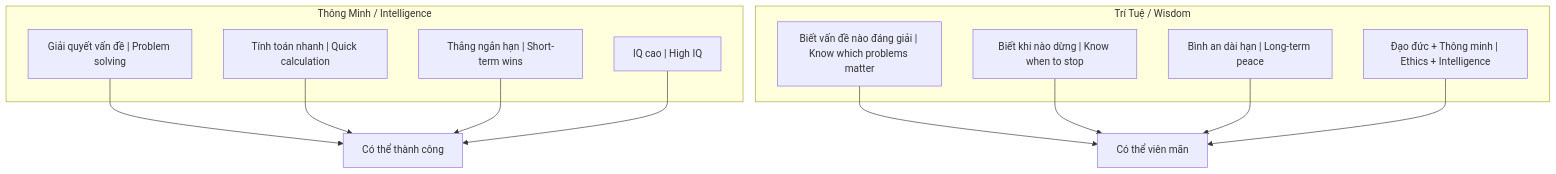
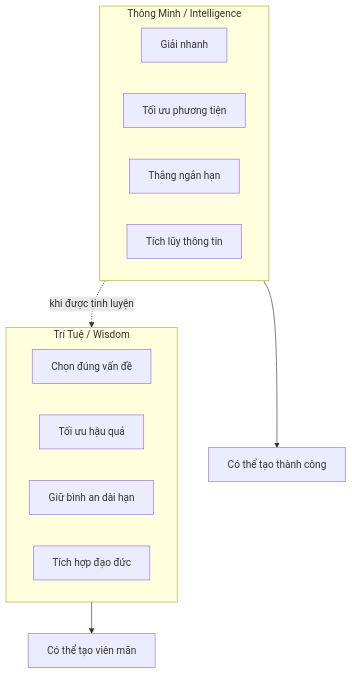
Before and after one commit to dyukahi/knowledge: the first of 2 diagrams in mental-models/Thông Minh vs Trí Tuệ.md, drawn with Mermaid. The commit also changed other lines of this file and 6 other files, not shown here.

````diff
--- a/mental-models/Thông Minh vs Trí Tuệ.md
+++ b/mental-models/Thông Minh vs Trí Tuệ.md
@@ -19,19 +27,20 @@
 ```mermaid
 flowchart TD
-    subgraph "Thông Minh / Intelligence"
-        I1["Giải quyết vấn đề | Problem solving"]
-        I2["Tính toán nhanh | Quick calculation"]
-        I3["Thắng ngắn hạn | Short-term wins"]
-        I4["IQ cao | High IQ"]
+    subgraph I["Thông Minh / Intelligence"]
+        I1["Giải nhanh"]
+        I2["Tối ưu phương tiện"]
+        I3["Thắng ngắn hạn"]
+        I4["Tích lũy thông tin"]
     end
-    
-    subgraph "Trí Tuệ / Wisdom"
-        W1["Biết vấn đề nào đáng giải | Know which problems matter"]
-        W2["Biết khi nào dừng | Know when to stop"]
-        W3["Bình an dài hạn | Long-term peace"]
-        W4["Đạo đức + Thông minh | Ethics + Intelligence"]
+
+    subgraph W["Trí Tuệ / Wisdom"]
+        W1["Chọn đúng vấn đề"]
+        W2["Tối ưu hậu quả"]
+        W3["Giữ bình an dài hạn"]
+        W4["Tích hợp đạo đức"]
     end
-    
-    I1 & I2 & I3 & I4 --> C["Có thể thành công"]
-    W1 & W2 & W3 & W4 --> D["Có thể viên mãn"]
+
+    I --> X["Có thể tạo thành công"]
+    W --> Y["Có thể tạo viên mãn"]
+    I -. "khi được tinh luyện" .-> W
 ```
````
